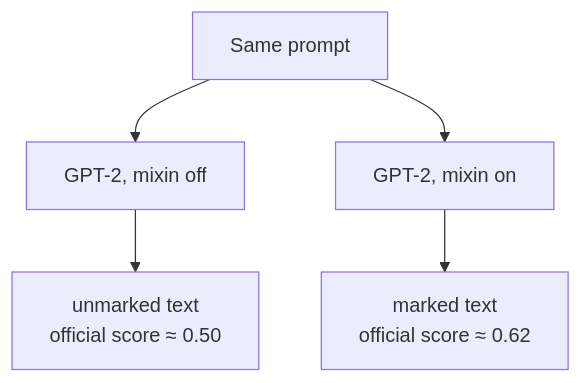
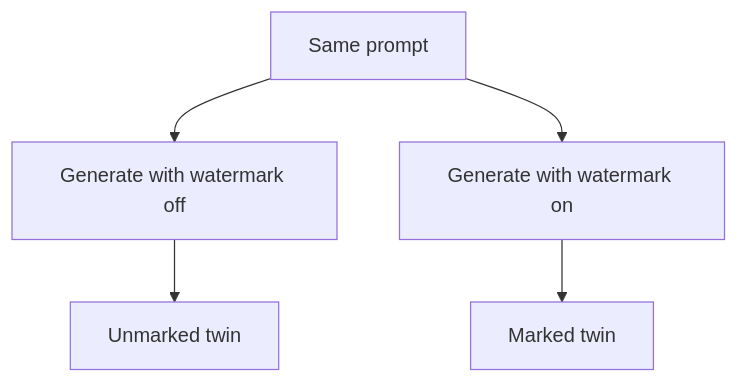
One commit to jensabrahamsson/text-watermark-laboratory changed the first of 2 diagrams in README.md. Above: the diagram before and after it, drawn with Mermaid. The commit also changed other lines of this file and 10 other files, not shown here.

````diff
--- a/README.md
+++ b/README.md
@@ -76,7 +53,7 @@
 ```mermaid
 flowchart TD
-  P[Same prompt] --> OFF[GPT-2, mixin off]
-  P --> ON[GPT-2, mixin on]
-  OFF --> U["unmarked text<br/>official score ≈ 0.50"]
-  ON --> M["marked text<br/>official score ≈ 0.62"]
+  P[Same prompt] --> U[Generate with watermark off]
+  P --> M[Generate with watermark on]
+  U --> UT[Unmarked twin]
+  M --> MT[Marked twin]
 ```
````
